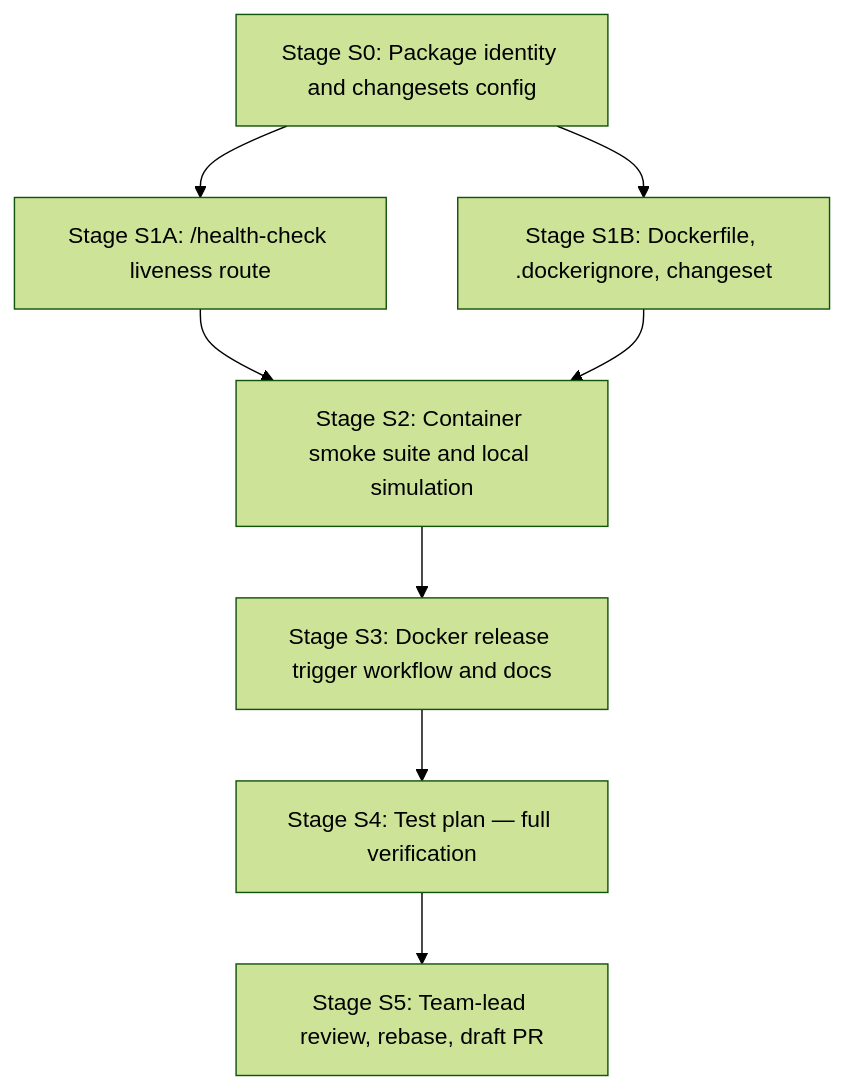
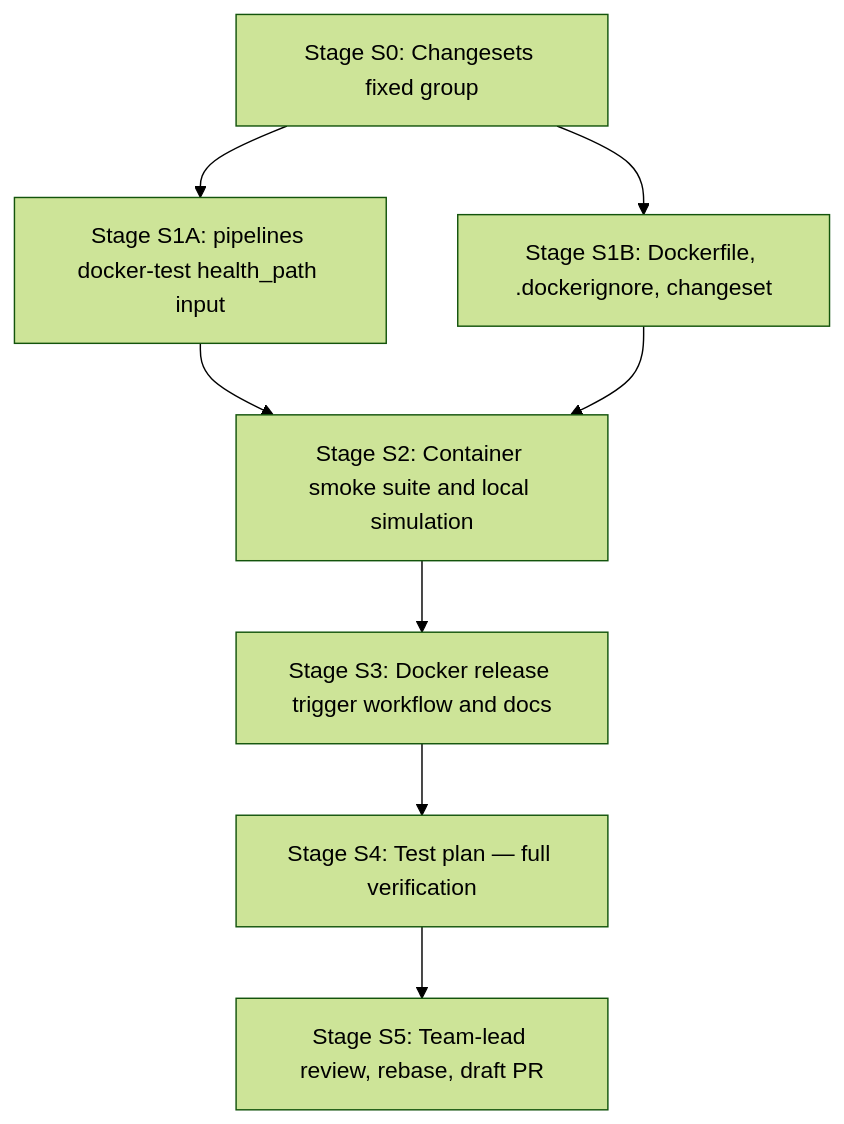
The diagram in plans/team-standard-docker-release.md (0xPolygon/primer), drawn with Mermaid (forest theme) before and after one commit. The commit also changed other lines of this file, not shown here.

First line of the commit message:
docs(plans): apply 2026-10-22 rulings to the Primer docker release plan

````diff
--- a/plans/team-standard-docker-release.md
+++ b/plans/team-standard-docker-release.md
@@ -292,17 +341,17 @@
 ```mermaid
 flowchart TD
-  S0[Stage S0: Package identity and changesets config]
-  S1A[Stage S1A: /health-check liveness route]
+  S0[Stage S0: Changesets fixed group]
+  S1A[Stage S1A: pipelines docker-test health_path input]
   S1B[Stage S1B: Dockerfile, .dockerignore, changeset]
   S2[Stage S2: Container smoke suite and local simulation]
   S3[Stage S3: Docker release trigger workflow and docs]
   S4[Stage S4: Test plan — full verification]
   S5[Stage S5: Team-lead review, rebase, draft PR]
   S0 --> S1A
   S0 --> S1B
   S1A --> S2
   S1B --> S2
   S2 --> S3
   S3 --> S4
   S4 --> S5
 ```
````
